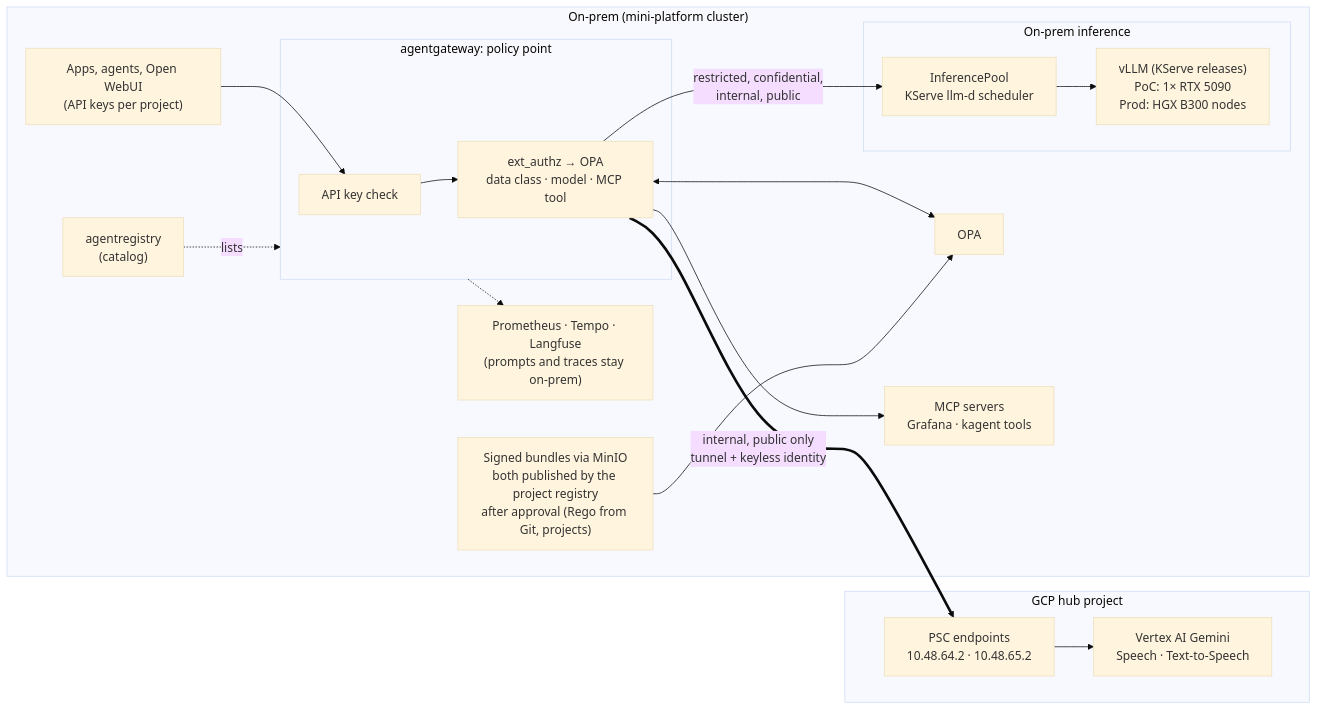
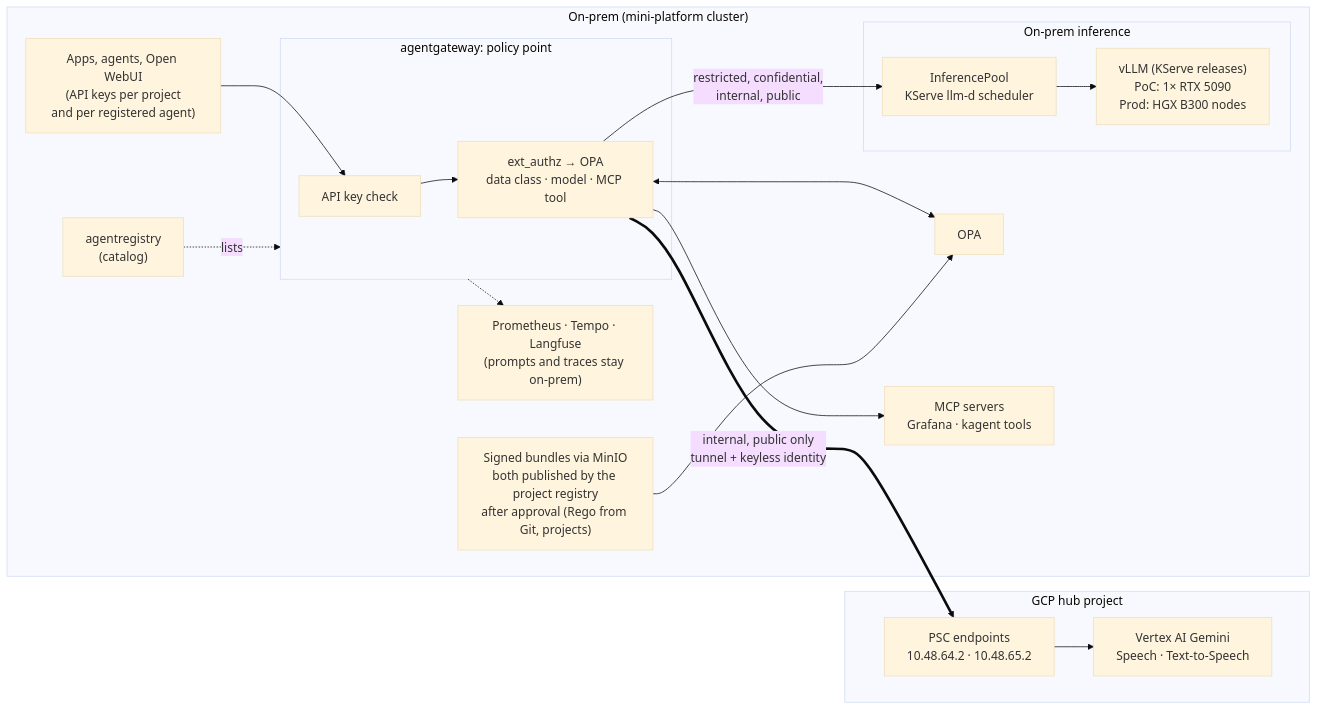
Before and after one commit to nolimitkun/mini-cloud: the diagram in docs/gcp/ai-inference.md, drawn with Mermaid (base theme). The commit also changed other lines of this file, not shown here.

Commit message:
docs(gcp): ai-inference: the policy is in the project registry's repo; data classes and the catalog are registry records (#38)

````diff
--- a/docs/gcp/ai-inference.md
+++ b/docs/gcp/ai-inference.md
@@ -48,32 +48,32 @@
 ```mermaid
 flowchart LR
     subgraph onprem["On-prem (mini-platform cluster)"]
-        apps["Apps, agents, Open WebUI<br/>(API keys per project)"]
+        apps["Apps, agents, Open WebUI<br/>(API keys per project<br/>and per registered agent)"]
         subgraph gwbox["agentgateway: policy point"]
             keys["API key check"]
             authz["ext_authz → OPA<br/>data class · model · MCP tool"]
         end
         opa["OPA"]
         ocp["Signed bundles via MinIO<br/>both published by the project registry<br/>after approval (Rego from Git, projects)"]
         reg["agentregistry<br/>(catalog)"]
         mcp["MCP servers<br/>Grafana · kagent tools"]
         subgraph tier1["On-prem inference"]
             sched["InferencePool<br/>KServe llm-d scheduler"]
             vllm["vLLM (KServe releases)<br/>PoC: 1× RTX 5090<br/>Prod: HGX B300 nodes"]
         end
         obs["Prometheus · Tempo · Langfuse<br/>(prompts and traces stay on-prem)"]
     end
     subgraph gcp["GCP hub project"]
         psc["PSC endpoints<br/>10.48.64.2 · 10.48.65.2"]
         vertex["Vertex AI Gemini<br/>Speech · Text-to-Speech"]
     end
 
     apps --> keys --> authz
     authz <--> opa
     ocp --> opa
     reg -.->|"lists"| gwbox
     authz -->|"restricted, confidential,<br/>internal, public"| sched --> vllm
     authz ==>|"internal, public only<br/>tunnel + keyless identity"| psc --> vertex
     authz --> mcp
     gwbox -.-> obs
 ```
````
